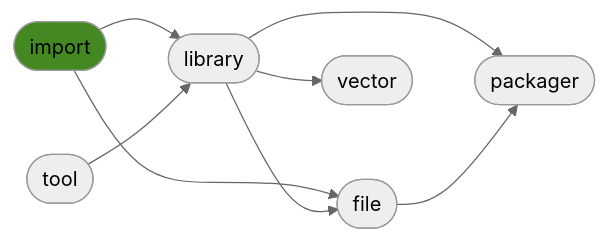
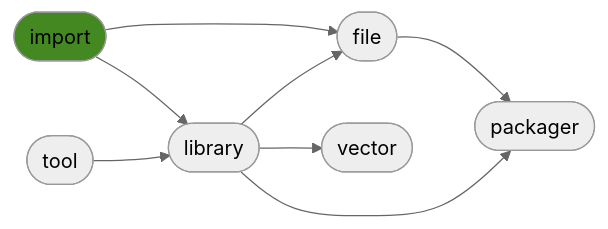
Before and after one commit to ManderaGeneral/generalimport: the diagram in README.md, drawn with Mermaid (neutral theme). The commit also changed other lines of this file, not shown here.

````diff
--- a/README.md
+++ b/README.md
@@ -28,17 +28,17 @@
 ```mermaid
 flowchart LR
 0([import]) --> 3([file])
-2([library]) --> 5([packager])
-0([import]) --> 2([library])
+3([file]) --> 5([packager])
 2([library]) --> 4([vector])
 2([library]) --> 3([file])
-3([file]) --> 5([packager])
+0([import]) --> 2([library])
 1([tool]) --> 2([library])
+2([library]) --> 5([packager])
 click 0 "https://github.com/ManderaGeneral/generalimport"
 click 1 "https://github.com/ManderaGeneral/generaltool"
 click 2 "https://github.com/ManderaGeneral/generallibrary"
 click 3 "https://github.com/ManderaGeneral/generalfile"
 click 4 "https://github.com/ManderaGeneral/generalvector"
 click 5 "https://github.com/ManderaGeneral/generalpackager"
 style 0 fill:#482
 ```
````
